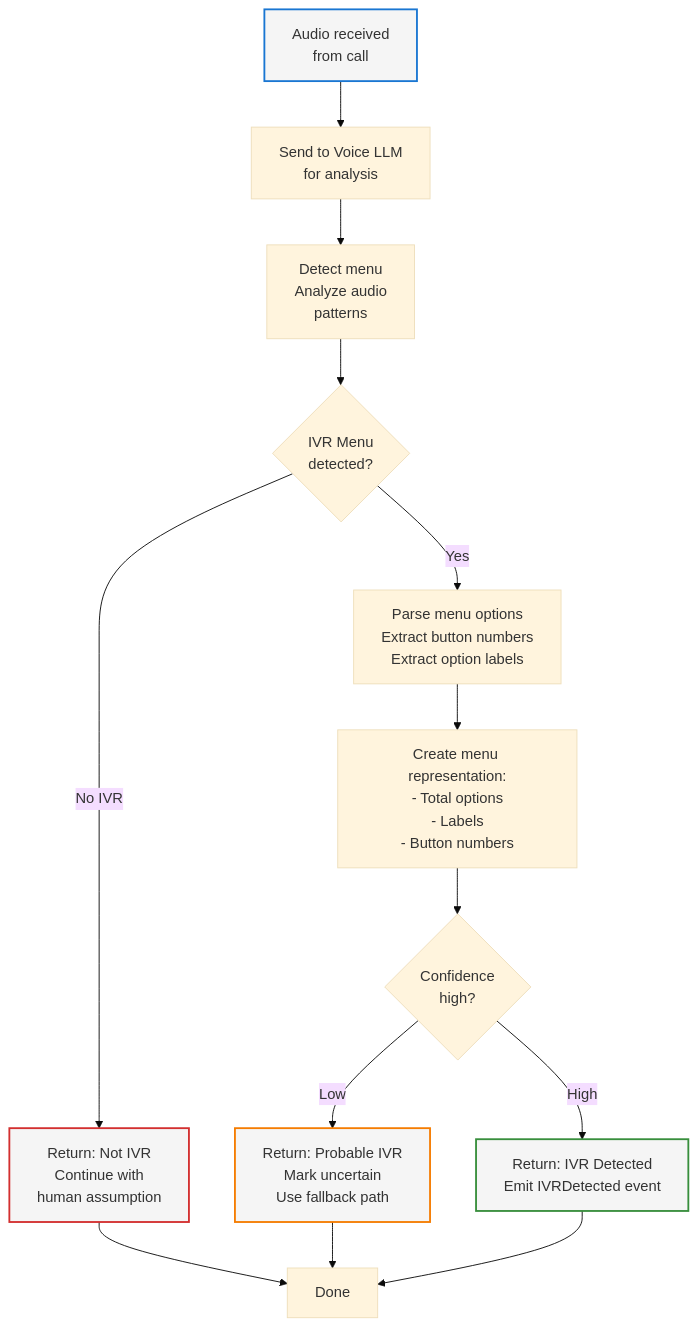
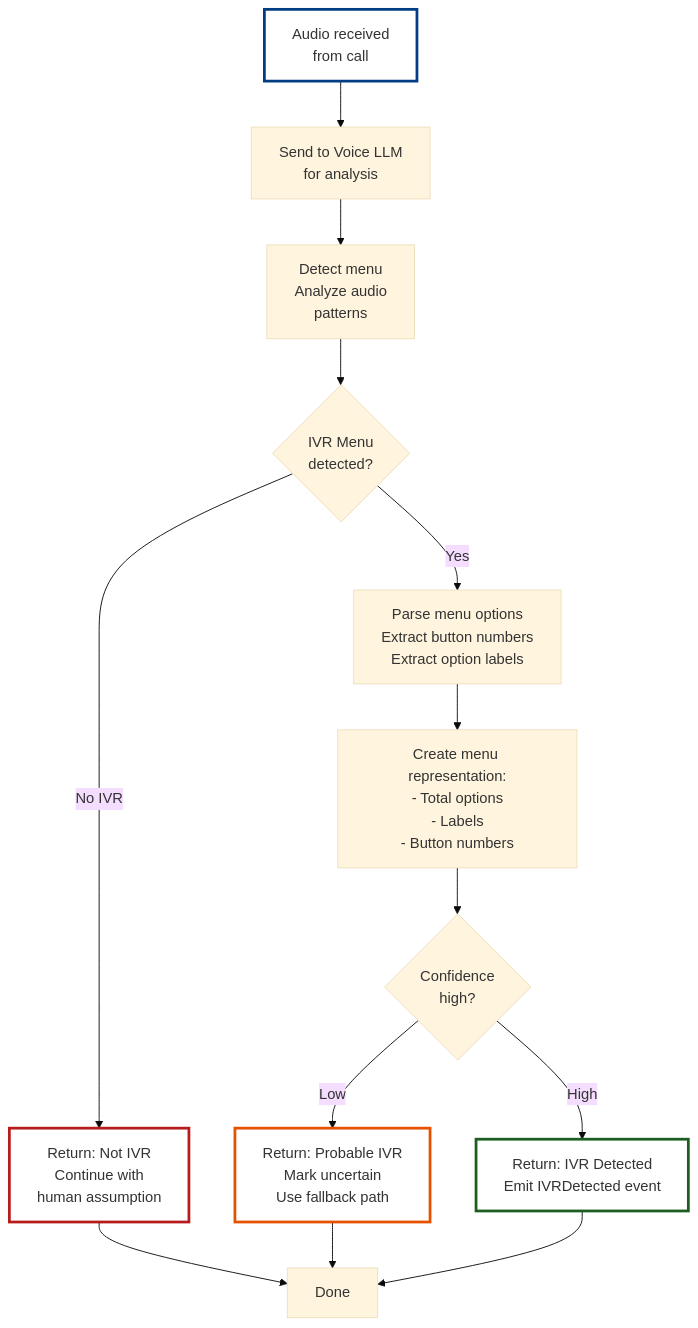
One commit to Org-for-Folio-AI/FolioAISpecs changed the first of 2 diagrams in design/components/04-IVR-Navigator.md. Above: the diagram before and after it, drawn with Mermaid (base theme). The commit also changed other lines of this file and 11 other files, not shown here.

First line of the commit message:
Improve mermaid diagrams: increase font size, darker colors, thicker strokes

````diff
--- a/design/components/04-IVR-Navigator.md
+++ b/design/components/04-IVR-Navigator.md
@@ -53,29 +53,30 @@
 ```mermaid
+%%{init: {'fontSize': 18, 'fontFamily': 'arial'}}%%
 flowchart TD
     Start["Audio received<br/>from call"] --> LoadVoice["Send to Voice LLM<br/>for analysis"]
 
     LoadVoice --> DetectMenu["Detect menu<br/>Analyze audio<br/>patterns"]
 
     DetectMenu --> IVRCheck{IVR Menu<br/>detected?}
 
     IVRCheck -->|No IVR| Return["Return: Not IVR<br/>Continue with<br/>human assumption"]
 
     IVRCheck -->|Yes| ParseOptions["Parse menu options<br/>Extract button numbers<br/>Extract option labels"]
 
     ParseOptions --> Menu["Create menu representation:<br/>- Total options<br/>- Labels<br/>- Button numbers"]
 
     Menu --> Confidence{Confidence<br/>high?}
 
     Confidence -->|Low| Fallback["Return: Probable IVR<br/>Mark uncertain<br/>Use fallback path"]
 
     Confidence -->|High| Success["Return: IVR Detected<br/>Emit IVRDetected event"]
 
     Return --> Done["Done"]
     Fallback --> Done
     Success --> Done
 
-    style Start stroke:#1976d2,fill:#f5f5f5,stroke-width:2px
-    style Success stroke:#388e3c,fill:#f5f5f5,stroke-width:2px
-    style Fallback stroke:#f57c00,fill:#f5f5f5,stroke-width:2px
-    style Return stroke:#d32f2f,fill:#f5f5f5,stroke-width:2px
+    style Start stroke:#003d82,fill:#ffffff,stroke-width:3px,font-size:16px
+    style Success stroke:#1b5e20,fill:#ffffff,stroke-width:3px,font-size:16px
+    style Fallback stroke:#e65100,fill:#ffffff,stroke-width:3px,font-size:16px
+    style Return stroke:#b71c1c,fill:#ffffff,stroke-width:3px,font-size:16px
 ```
````
